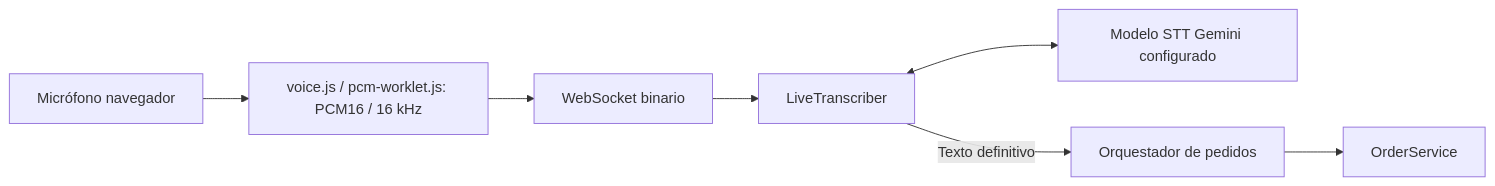
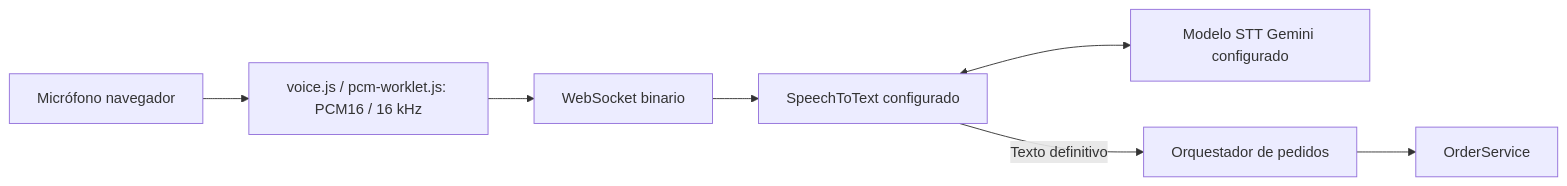
One commit to gsierra1/self_order changed the second of 3 diagrams in docs/arquitectura.md. Above: the diagram before and after it, drawn with Mermaid. The commit also changed other lines of this file and 8 other files, not shown here.

````diff
--- a/docs/arquitectura.md
+++ b/docs/arquitectura.md
@@ -257,9 +257,9 @@
 ```mermaid
 flowchart LR
     MIC[Micrófono navegador] --> PCM[voice.js / pcm-worklet.js: PCM16 / 16 kHz]
     PCM --> WS[WebSocket binario]
-    WS --> T[LiveTranscriber]
+    WS --> T[SpeechToText configurado]
     T <--> LIVE[Modelo STT Gemini configurado]
     T -->|Texto definitivo| O[Orquestador de pedidos]
     O --> S[OrderService]
 ```
````
